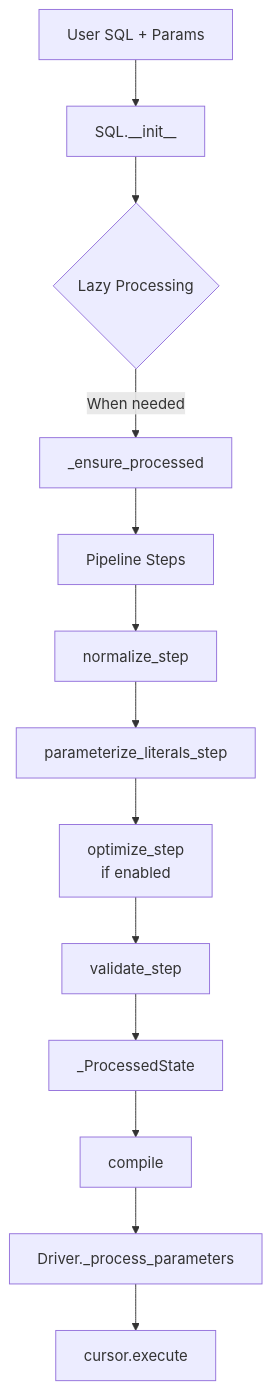
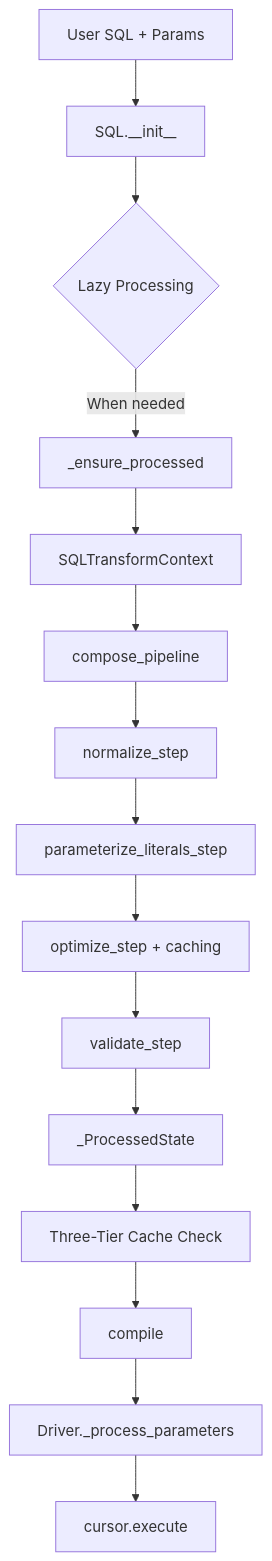
The diagram in docs/cheat_sheet/quick-reference.md (litestar-org/sqlspec), drawn with Mermaid before and after one commit. The commit also changed other lines of this file and 17 other files, not shown here.

````diff
--- a/docs/cheat_sheet/quick-reference.md
+++ b/docs/cheat_sheet/quick-reference.md
@@ -72,15 +72,17 @@
 ```mermaid
 graph TD
     A[User SQL + Params] --> B[SQL.__init__]
     B --> C{Lazy Processing}
     C -->|When needed| D[_ensure_processed]
-    D --> E[Pipeline Steps]
-    E --> F[normalize_step]
-    F --> G[parameterize_literals_step]
-    G --> H[optimize_step<br/>if enabled]
-    H --> I[validate_step]
-    I --> J[_ProcessedState]
-    J --> K[compile]
-    K --> L[Driver._process_parameters]
-    L --> M[cursor.execute]
+    D --> E[SQLTransformContext]
+    E --> F[compose_pipeline]
+    F --> G[normalize_step]
+    G --> H[parameterize_literals_step]
+    H --> I[optimize_step + caching]
+    I --> J[validate_step]
+    J --> K[_ProcessedState]
+    K --> L[Three-Tier Cache Check]
+    L --> M[compile]
+    M --> N[Driver._process_parameters]
+    N --> O[cursor.execute]
 ```
````
